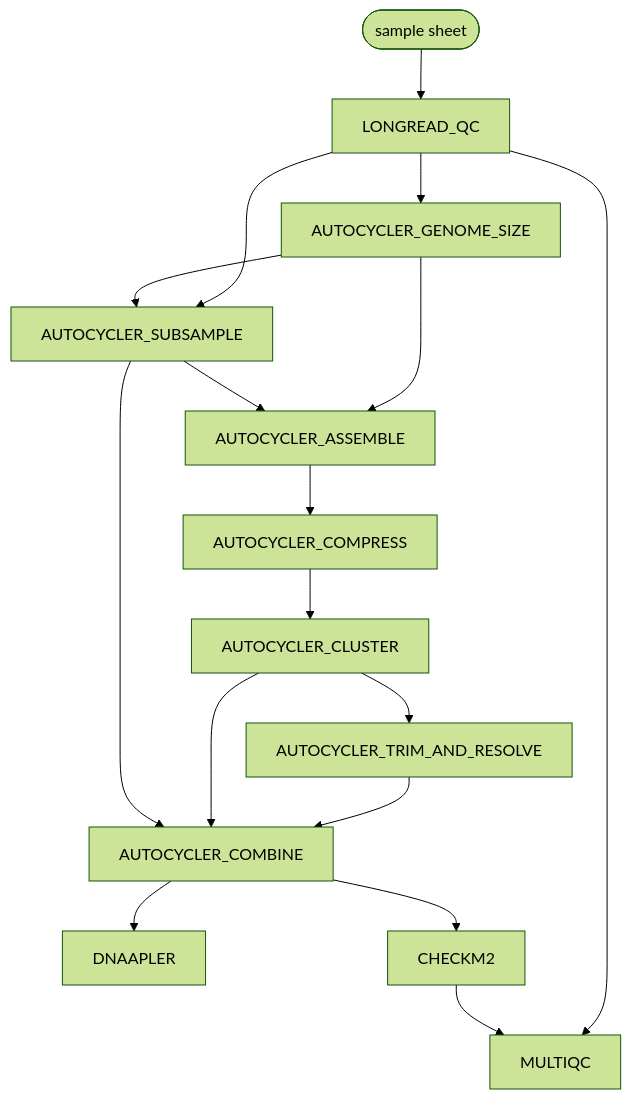
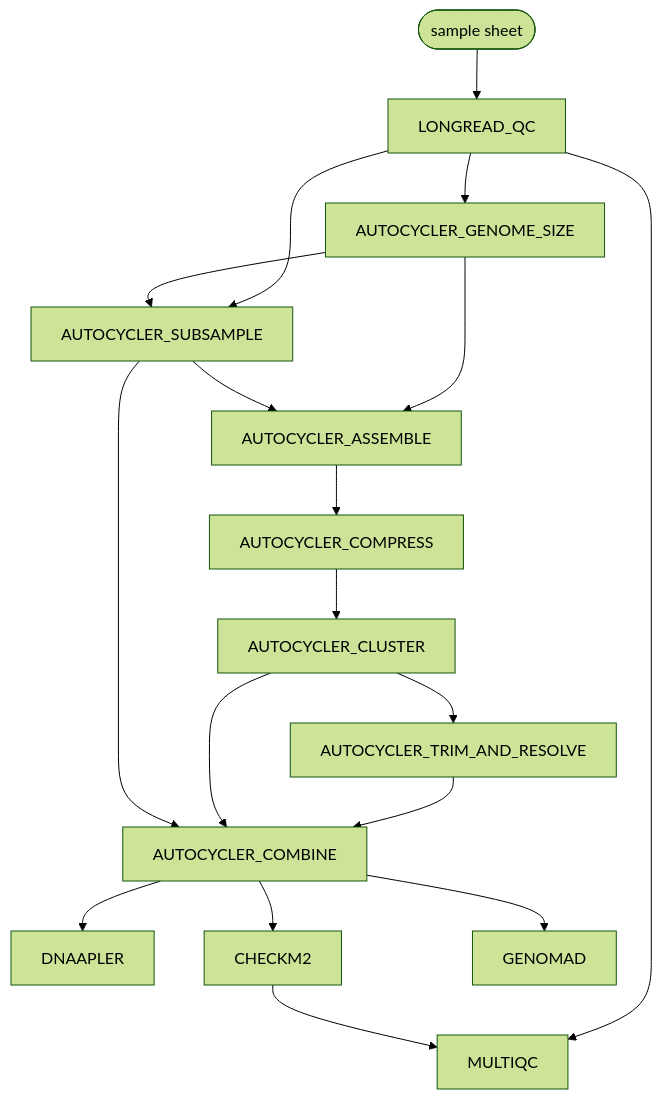
The diagram in docs/output.md (dsamoht/isolate-wf), drawn with Mermaid (forest theme) before and after one commit. The commit also changed other lines of this file and 8 other files, not shown here.

````diff
--- a/docs/output.md
+++ b/docs/output.md
@@ -18,19 +19,20 @@
 ```mermaid
 flowchart TB
   input([sample sheet]) --> LONGREAD_QC
   LONGREAD_QC --> AUTOCYCLER_GENOME_SIZE
   LONGREAD_QC --> AUTOCYCLER_SUBSAMPLE
   AUTOCYCLER_GENOME_SIZE --> AUTOCYCLER_SUBSAMPLE
   AUTOCYCLER_GENOME_SIZE --> AUTOCYCLER_ASSEMBLE
   AUTOCYCLER_SUBSAMPLE --> AUTOCYCLER_ASSEMBLE
   AUTOCYCLER_ASSEMBLE --> AUTOCYCLER_COMPRESS
   AUTOCYCLER_COMPRESS --> AUTOCYCLER_CLUSTER
   AUTOCYCLER_CLUSTER --> AUTOCYCLER_TRIM_AND_RESOLVE
   AUTOCYCLER_TRIM_AND_RESOLVE --> AUTOCYCLER_COMBINE
   AUTOCYCLER_CLUSTER --> AUTOCYCLER_COMBINE
   AUTOCYCLER_SUBSAMPLE --> AUTOCYCLER_COMBINE
   AUTOCYCLER_COMBINE --> DNAAPLER
   AUTOCYCLER_COMBINE --> CHECKM2
+  AUTOCYCLER_COMBINE --> GENOMAD
   LONGREAD_QC --> MULTIQC
   CHECKM2 --> MULTIQC
 ```
````
